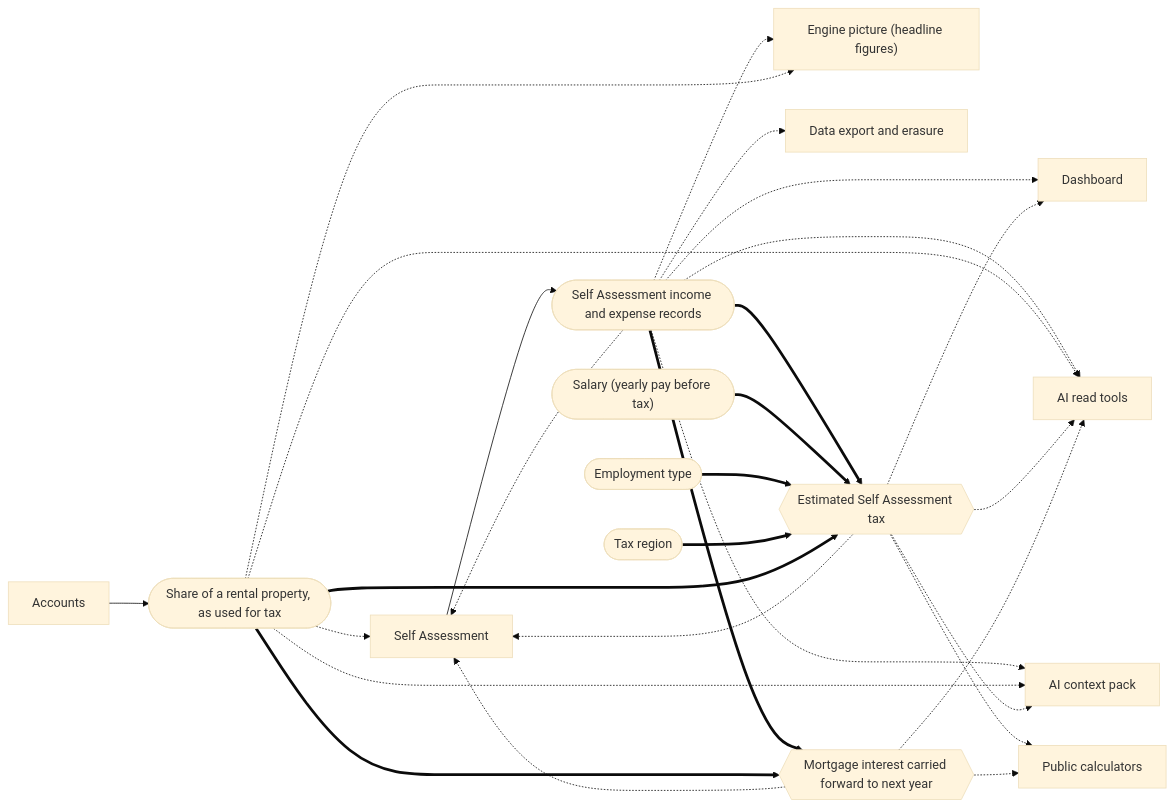
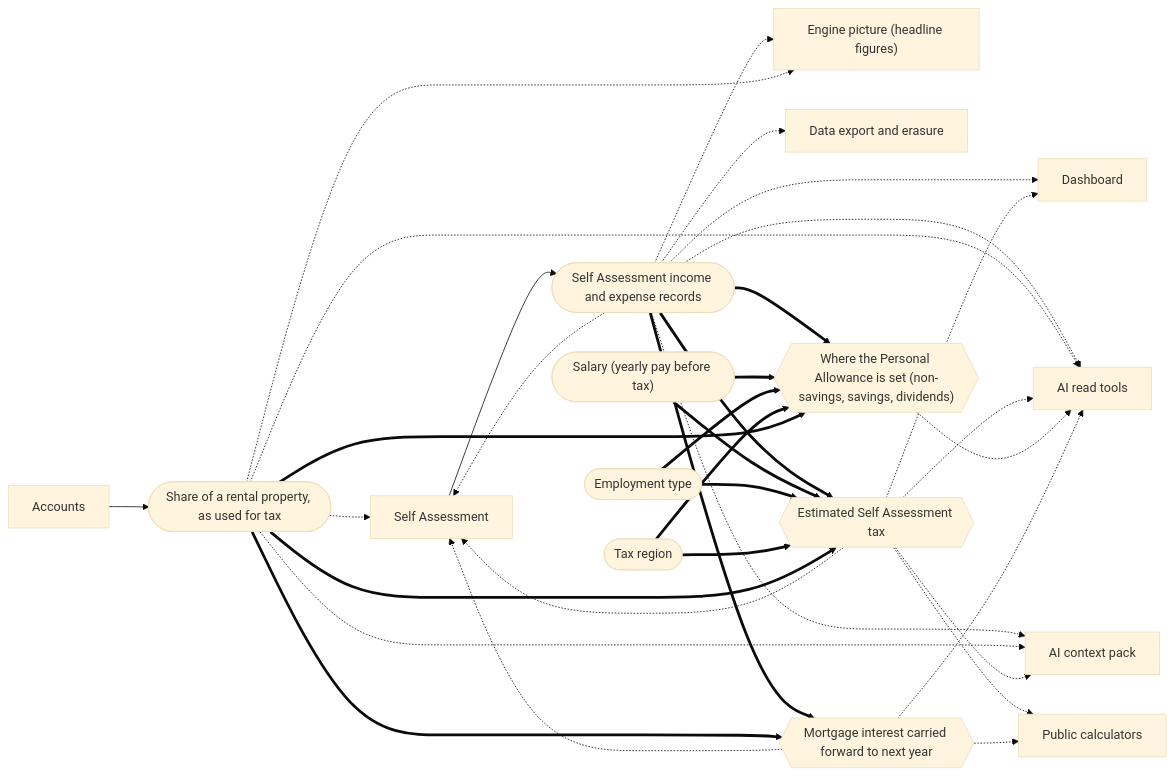
Before and after one commit to mgallagher56/flump: the sixth of 7 diagrams in docs/system/generated/connections.md, drawn with Mermaid (base theme). The commit also changed 14 other files, not shown here.

First line of the commit message:
fix(finance-engine): set the Personal Allowance where it gives the lowest bill

````diff
--- a/docs/system/generated/connections.md
+++ b/docs/system/generated/connections.md
@@ -472,45 +472,52 @@
 ```mermaid
 flowchart LR
   s_dashboard["Dashboard"]
   s_accounts["Accounts"]
   s_self_assessment["Self Assessment"]
   s_picture["Engine picture (headline figures)"]
   s_mcp_read["AI read tools"]
   s_context_pack["AI context pack"]
   s_public_tools["Public calculators"]
   s_export["Data export and erasure"]
   f_tax_records(["Self Assessment income and expense records"])
   s_self_assessment --> f_tax_records
   f_tax_records -.-> s_self_assessment
   f_tax_records -.-> s_picture
   f_tax_records -.-> s_dashboard
   f_tax_records -.-> s_mcp_read
   f_tax_records -.-> s_context_pack
   f_tax_records -.-> s_export
   f_rental_share_for_tax(["Share of a rental property, as used for tax"])
   s_accounts --> f_rental_share_for_tax
   f_rental_share_for_tax -.-> s_self_assessment
   f_rental_share_for_tax -.-> s_picture
   f_rental_share_for_tax -.-> s_mcp_read
   f_rental_share_for_tax -.-> s_context_pack
   g_estimated_tax{{"Estimated Self Assessment tax"}}
   f_tax_records ==> g_estimated_tax
   f_salary(["Salary (yearly pay before tax)"])
   f_salary ==> g_estimated_tax
   f_employment_type(["Employment type"])
   f_employment_type ==> g_estimated_tax
   f_tax_region(["Tax region"])
   f_tax_region ==> g_estimated_tax
   f_rental_share_for_tax ==> g_estimated_tax
   g_estimated_tax -.-> s_dashboard
   g_estimated_tax -.-> s_self_assessment
   g_estimated_tax -.-> s_mcp_read
   g_estimated_tax -.-> s_context_pack
   g_estimated_tax -.-> s_public_tools
+  g_personal_allowance_allocation{{"Where the Personal Allowance is set (non-savings, savings, dividends)"}}
+  f_tax_records ==> g_personal_allowance_allocation
+  f_salary ==> g_personal_allowance_allocation
+  f_employment_type ==> g_personal_allowance_allocation
+  f_tax_region ==> g_personal_allowance_allocation
+  f_rental_share_for_tax ==> g_personal_allowance_allocation
+  g_personal_allowance_allocation -.-> s_mcp_read
   g_finance_costs_carried_forward{{"Mortgage interest carried forward to next year"}}
   f_tax_records ==> g_finance_costs_carried_forward
   f_rental_share_for_tax ==> g_finance_costs_carried_forward
   g_finance_costs_carried_forward -.-> s_self_assessment
   g_finance_costs_carried_forward -.-> s_mcp_read
   g_finance_costs_carried_forward -.-> s_public_tools
 ```
````
